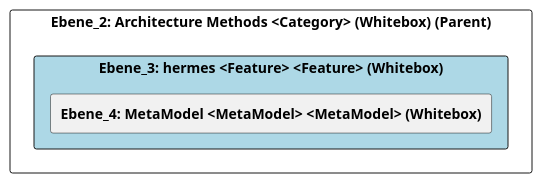
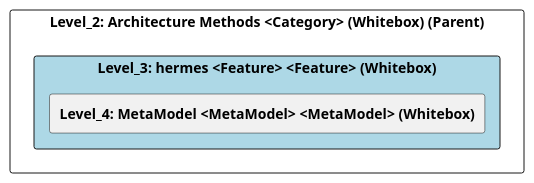
Before and after one commit to marcozwyssig/cleon: the diagram in doc/cleonproject_deliverables_architecture_model_architecture/adoc/de/05_bausteinsicht/cleon/architecture_methods/hermes/ebene_3_hermes.adoc, drawn with PlantUML. The commit also changed other lines of this file and 83 other files, not shown here.

```diff
--- a/doc/cleonproject_deliverables_architecture_model_architecture/adoc/de/05_bausteinsicht/cleon/architecture_methods/hermes/ebene_3_hermes.adoc
+++ b/doc/cleonproject_deliverables_architecture_model_architecture/adoc/de/05_bausteinsicht/cleon/architecture_methods/hermes/ebene_3_hermes.adoc
@@ -20,24 +20,24 @@
-[plantuml, Ebene_3: hermes <Feature> <Feature> (Whitebox)BlockOverview, format="svg"]
+[plantuml, Level_3: hermes <Feature> <Feature> (Whitebox)BlockOverview, format="svg"]
 ----
-@startuml Ebene_3: hermes <Feature> <Feature> (Whitebox)BuildingBlockOverview
+@startuml Level_3: hermes <Feature> <Feature> (Whitebox)BuildingBlockOverview
 
 skinparam ranksep 10
 skinparam componentStyle rectangle
 skinparam shadowing false
 skinparam arrowColor lightblue
 skinparam arrowThickness 1.2
 skinparam rectangle {
   BackgroundColor White
   BorderColor #333
   RoundCorner 10
 }
 top to bottom direction
 
-component "Ebene_2: Architecture Methods <Category> (Whitebox) (Parent)" {
-    component "Ebene_3: hermes <Feature> <Feature> (Whitebox)" #lightblue {
-        [**Ebene_4: MetaModel <MetaModel> <MetaModel> (Whitebox)**] as 6BD431AC_DCBE_11EF_87B5_5327CB6D0EC7
+component "Level_2: Architecture Methods <Category> (Whitebox) (Parent)" {
+    component "Level_3: hermes <Feature> <Feature> (Whitebox)" #lightblue {
+        [**Level_4: MetaModel <MetaModel> <MetaModel> (Whitebox)**] as 6BD431AC_DCBE_11EF_87B5_5327CB6D0EC7
     }
 }
 
 @enduml
 ----
```
